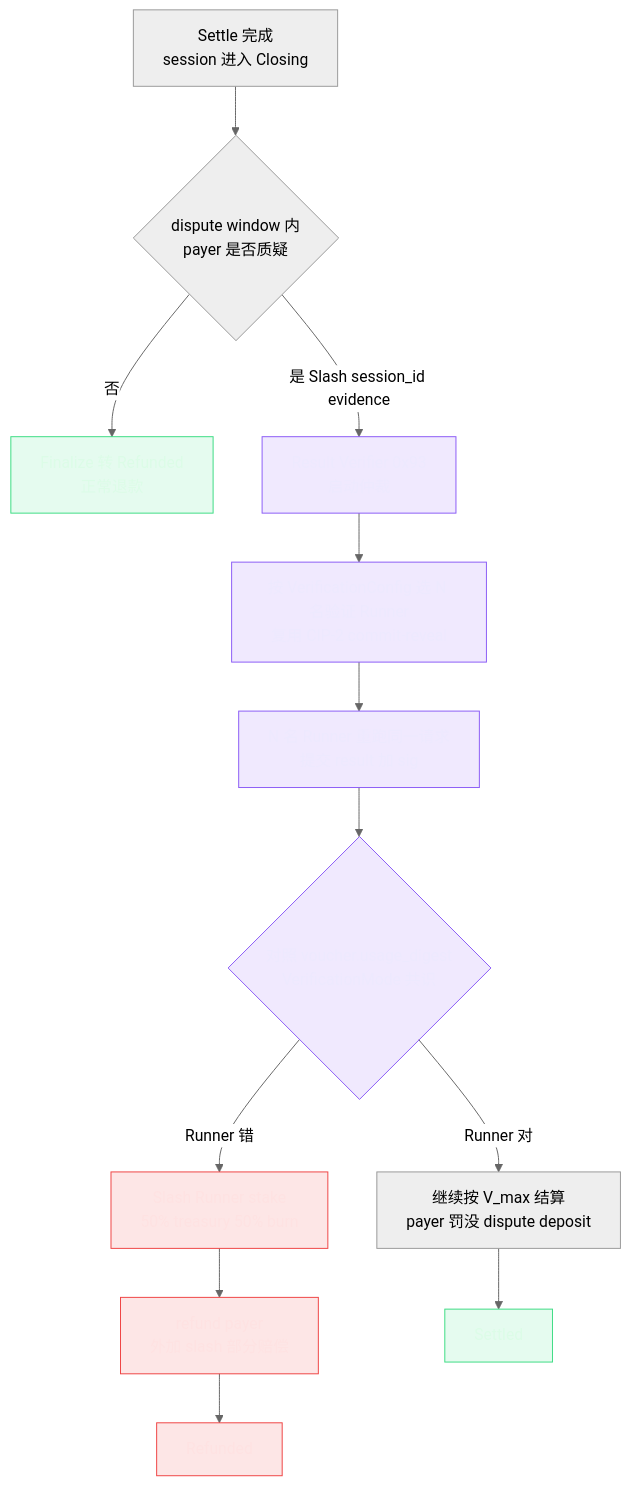
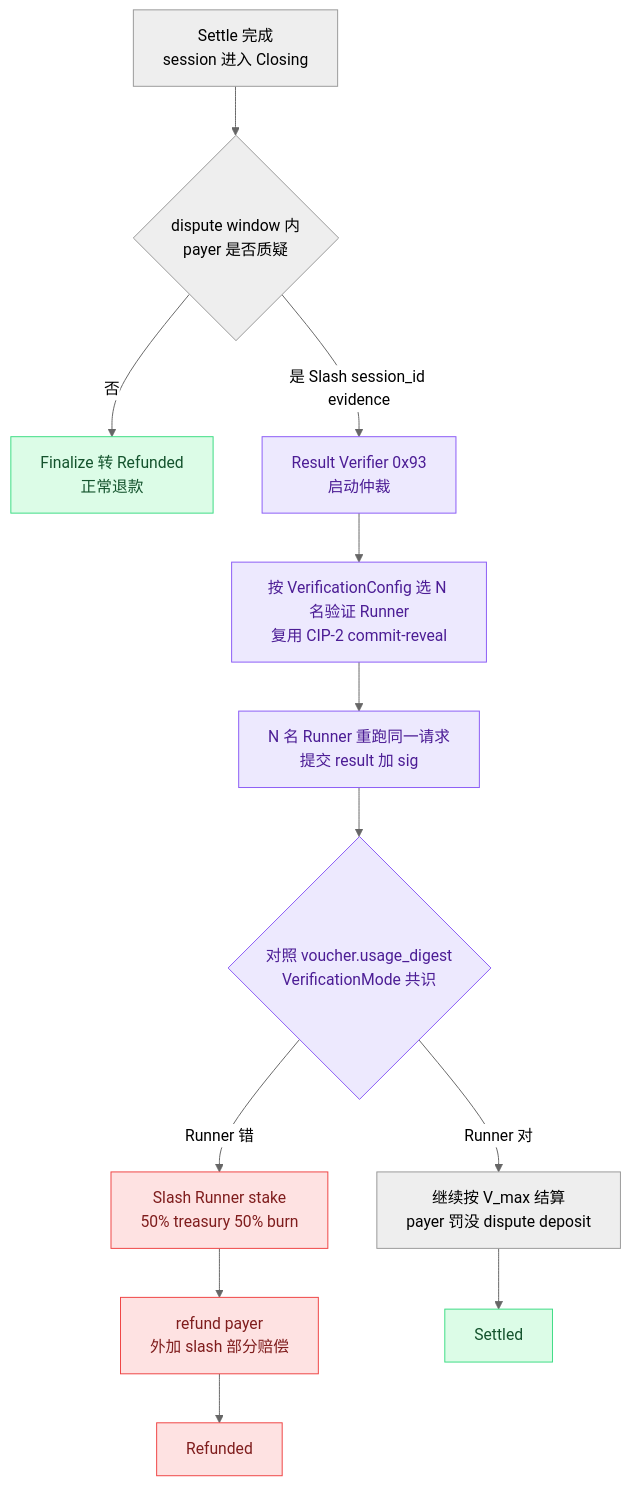
Before and after one commit to shawhanken/refs: the ninth of 11 diagrams in runner/2026-04-28_MPP_Session_Research.md, drawn with Mermaid (neutral theme). The commit also changed other lines of this file, not shown here.

First line of the commit message:
docs: update flowchart and sequence diagram colors for improved clarity

````diff
--- a/runner/2026-04-28_MPP_Session_Research.md
+++ b/runner/2026-04-28_MPP_Session_Research.md
@@ -589,21 +589,21 @@
 ```mermaid
 flowchart TD
     A["Settle 完成<br/>session 进入 Closing"] --> B{"dispute window 内<br/>payer 是否质疑"}
     B -- "否" --> Z1["Finalize 转 Refunded<br/>正常退款"]
     B -- "是 Slash session_id evidence" --> C["Result Verifier 0x93<br/>启动仲裁"]
     C --> D["按 VerificationConfig 选 N 名验证 Runner<br/>复用 CIP-2 commit-reveal"]
     D --> E["N 名 Runner 重跑同一请求<br/>提交 result 加 sig"]
     E --> F{"对照 voucher.usage_digest<br/>VerificationMode 共识"}
     F -- "Runner 对" --> G["继续按 V_max 结算<br/>payer 罚没 dispute deposit"]
     F -- "Runner 错" --> H["Slash Runner stake<br/>50% treasury 50% burn"]
     H --> I["refund payer<br/>外加 slash 部分赔偿"]
     G --> Z2["Settled"]
     I --> Z3["Refunded"]
 
-    classDef happy fill:#3ddc8422,stroke:#3ddc84,color:#dcfce7
-    classDef bad fill:#ef444422,stroke:#ef4444,color:#fee2e2
-    classDef neutral fill:#8b5cf622,stroke:#8b5cf6,color:#ede9fe
+    classDef happy fill:#dcfce7,stroke:#3ddc84,color:#14532d
+    classDef bad fill:#fee2e2,stroke:#ef4444,color:#7f1d1d
+    classDef neutral fill:#ede9fe,stroke:#8b5cf6,color:#4c1d95
     class Z1,Z2 happy
     class H,I,Z3 bad
     class C,D,E,F neutral
 ```
````
